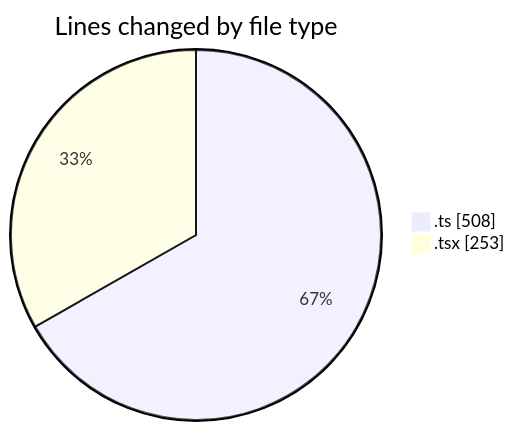
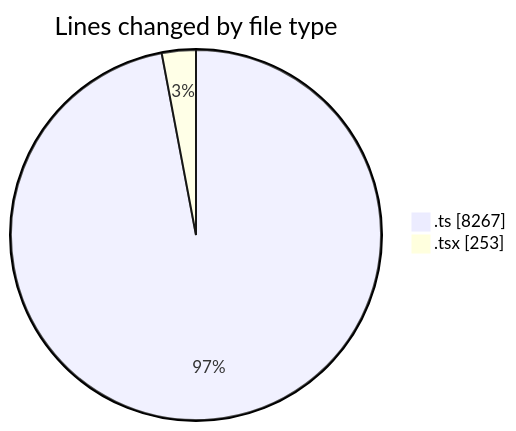
Before and after one commit to momahboobian/code-tracking: the first of 2 diagrams in 2025-07-14/cda/README.md, drawn with Mermaid. The commit also changed other lines of this file and 1 other file, not shown here.

````diff
--- a/2025-07-14/cda/README.md
+++ b/2025-07-14/cda/README.md
@@ -23,6 +24,6 @@
 ```mermaid
 pie showData
 title Lines changed by file type
-".ts" : 508
+".ts" : 8267
 ".tsx" : 253
 ```
````
